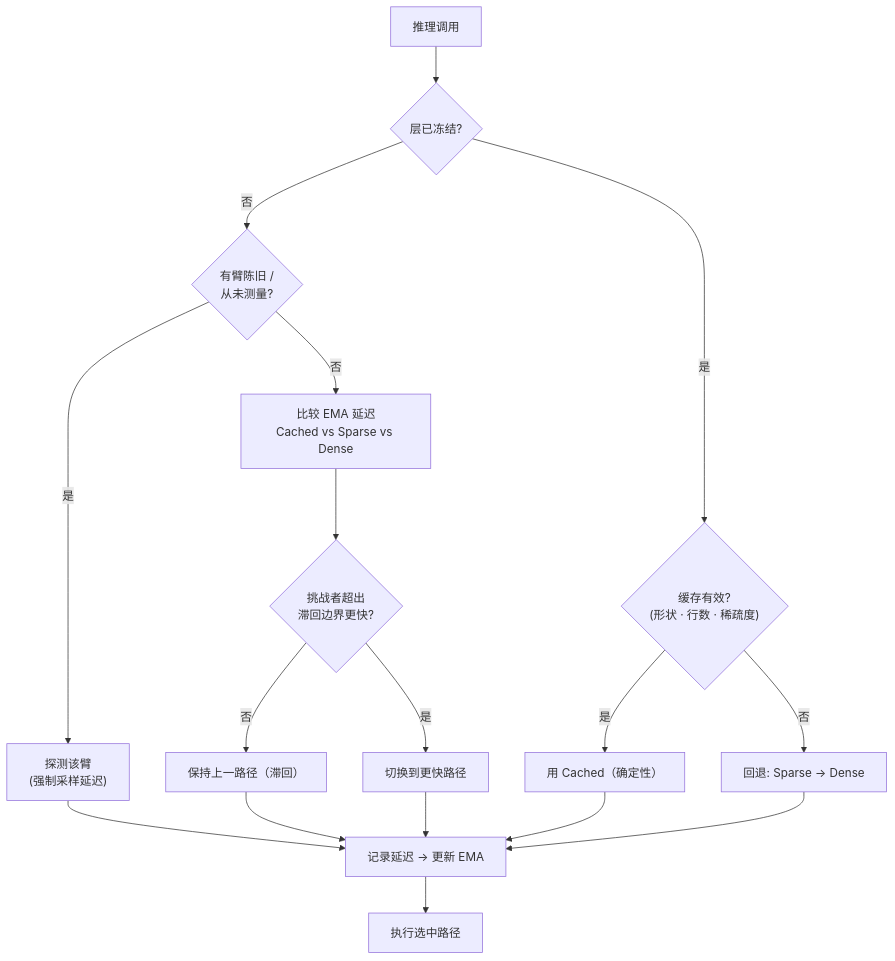
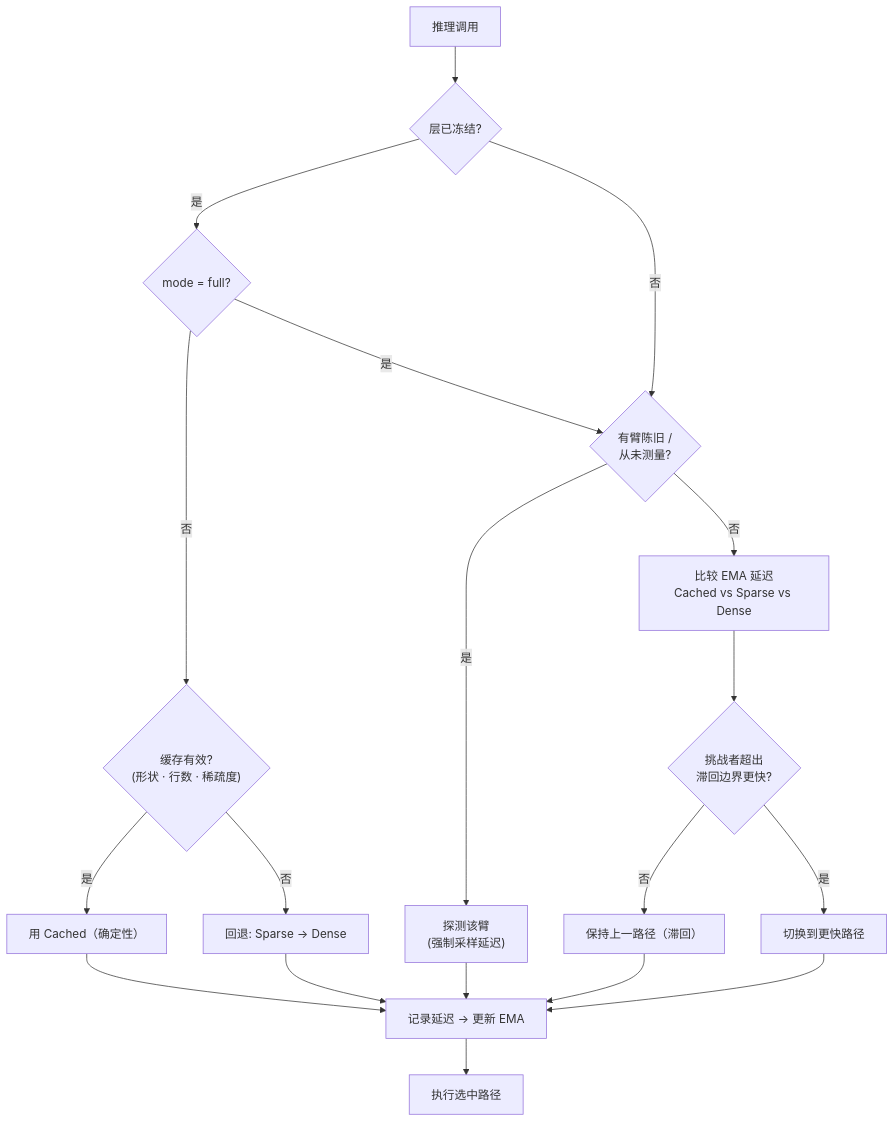
Before and after one commit to zayokami/Talos-XII: the fourth of 4 diagrams in README.md, drawn with Mermaid. The commit also changed other lines of this file and 4 other files, not shown here.

````diff
--- a/README.md
+++ b/README.md
@@ -440,20 +442,22 @@
 ```mermaid
 flowchart TD
     CALL["推理调用"] --> FROZEN{"层已冻结?"}
-    FROZEN -- 是 --> CV{"缓存有效?<br/>(形状 · 行数 · 稀疏度)"}
+    FROZEN -- 是 --> MODE{"mode = full?"}
+    MODE -- 否 --> CV{"缓存有效?<br/>(形状 · 行数 · 稀疏度)"}
+    MODE -- 是 --> PROBE
     CV -- 是 --> USEC["用 Cached（确定性）"]
     CV -- 否 --> FB["回退: Sparse → Dense"]
 
     FROZEN -- 否 --> PROBE{"有臂陈旧 /<br/>从未测量?"}
     PROBE -- 是 --> DOPROBE["探测该臂<br/>(强制采样延迟)"]
     PROBE -- 否 --> SCORE["比较 EMA 延迟<br/>Cached vs Sparse vs Dense"]
     SCORE --> HYST{"挑战者超出<br/>滞回边界更快?"}
     HYST -- 否 --> KEEP["保持上一路径（滞回）"]
     HYST -- 是 --> SWITCH["切换到更快路径"]
     DOPROBE --> REC["记录延迟 → 更新 EMA"]
     KEEP --> REC
     SWITCH --> REC
     USEC --> REC
     FB --> REC
     REC --> DONE["执行选中路径"]
 ```
````
